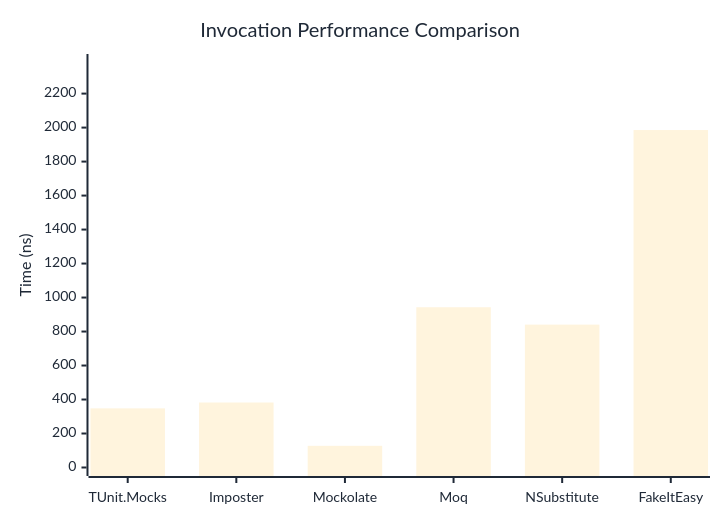
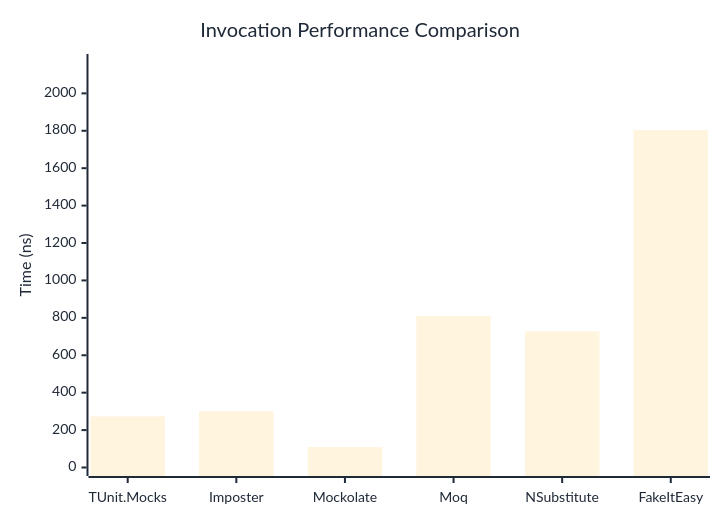
One commit to thomhurst/TUnit changed the first of 3 diagrams in docs/docs/benchmarks/mocks/Invocation.md. Above: the diagram before and after it, drawn with Mermaid. The commit also changed other lines of this file and 14 other files, not shown here.

````diff
--- a/docs/docs/benchmarks/mocks/Invocation.md
+++ b/docs/docs/benchmarks/mocks/Invocation.md
@@ -30,27 +30,27 @@
 ```mermaid
 %%{init: {
   'theme':'base',
   'themeVariables': {
     'primaryColor': '#2563eb',
     'primaryTextColor': '#1f2937',
     'primaryBorderColor': '#1e40af',
     'lineColor': '#6b7280',
     'secondaryColor': '#7c3aed',
     'tertiaryColor': '#dc2626',
     'background': '#ffffff',
     'pie1': '#2563eb',
     'pie2': '#7c3aed',
     'pie3': '#dc2626',
     'pie4': '#f59e0b',
     'pie5': '#10b981',
     'pie6': '#06b6d4',
     'pie7': '#ec4899',
     'pie8': '#6366f1'
   }
 }}%%
 xychart-beta
   title "Invocation Performance Comparison"
   x-axis ["TUnit.Mocks", "Imposter", "Mockolate", "Moq", "NSubstitute", "FakeItEasy"]
-  y-axis "Time (ns)" 0 --> 2383
-  bar [348, 382.4, 127.6, 942.9, 840.7, 1985.5]
+  y-axis "Time (ns)" 0 --> 2165
+  bar [273.17, 301.29, 108.89, 811.05, 727.65, 1803.96]
 ```
````
